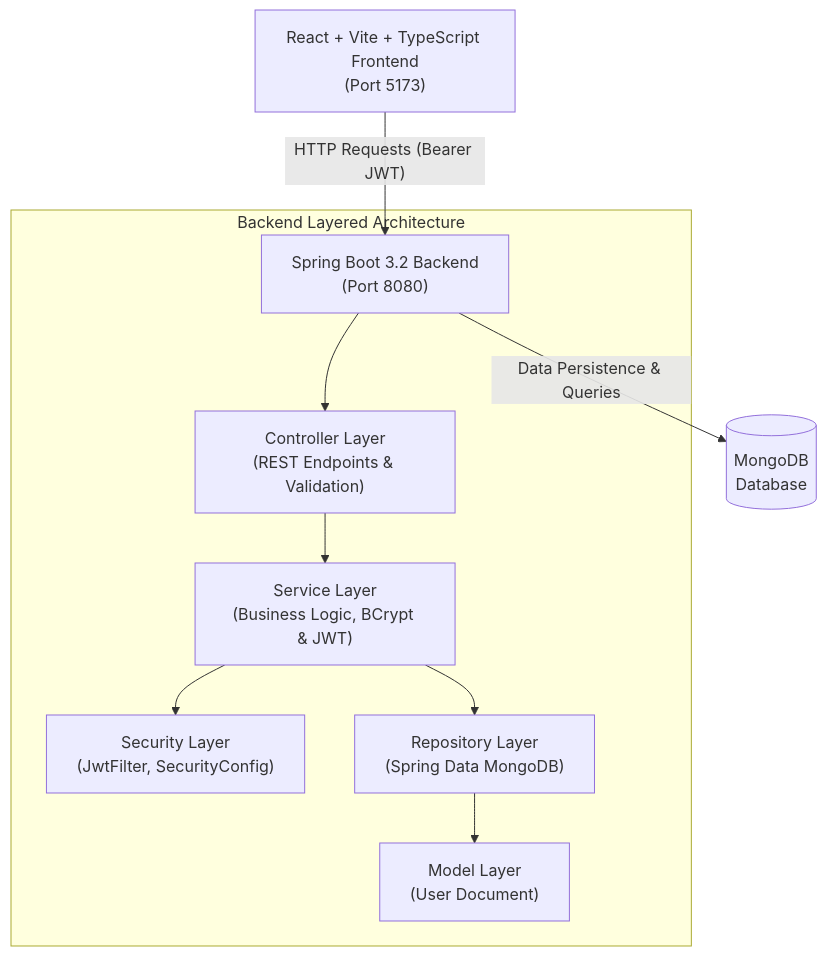
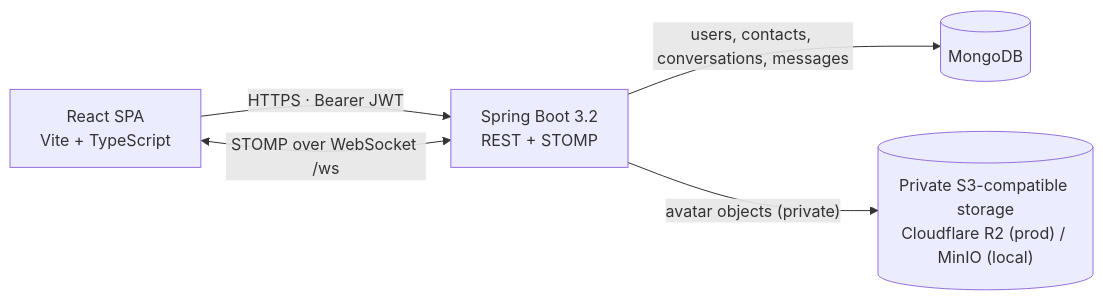
One commit to FaizaanAli01/Fairish-Chat changed the diagram in README.md. Above: the diagram before and after it, drawn with Mermaid. The commit also changed other lines of this file and 4 other files, not shown here.

First line of the commit message:
docs: document contact-gated chat and local avatar storage

````diff
--- a/README.md
+++ b/README.md
@@ -33,17 +34,12 @@
 ```mermaid
-flowchart TD
-    Client["React + Vite + TypeScript Frontend\n(Port 5173)"]
-    API["Spring Boot 3.2 Backend\n(Port 8080)"]
-    DB[("MongoDB\nDatabase")]
+flowchart LR
+    Browser["React SPA<br/>Vite + TypeScript"]
+    API["Spring Boot 3.2<br/>REST + STOMP"]
+    DB[("MongoDB")]
+    Store[("Private S3-compatible storage<br/>Cloudflare R2 (prod) / MinIO (local)")]
 
-    Client -- "HTTP Requests (Bearer JWT)" --> API
-    API -- "Data Persistence & Queries" --> DB
-
-    subgraph Backend Layered Architecture
-        API --> Controller["Controller Layer\n(REST Endpoints & Validation)"]
-        Controller --> Service["Service Layer\n(Business Logic, BCrypt & JWT)"]
-        Service --> Security["Security Layer\n(JwtFilter, SecurityConfig)"]
-        Service --> Repository["Repository Layer\n(Spring Data MongoDB)"]
-        Repository --> Model["Model Layer\n(User Document)"]
-    end
+    Browser -- "HTTPS · Bearer JWT" --> API
+    Browser <-- "STOMP over WebSocket /ws" --> API
+    API -- "users, contacts, conversations, messages" --> DB
+    API -- "avatar objects (private)" --> Store
 ```
````
